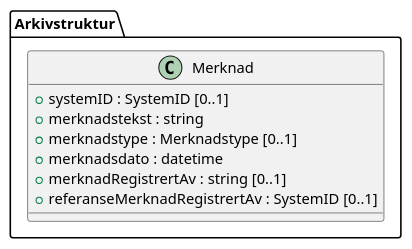
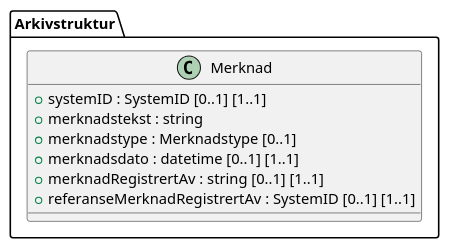
Before and after one commit to arkivverket/noark5-tjenestegrensesnitt-standard: the diagram in kapitler/media/uml-class-merknad.iuml, drawn with PlantUML. The commit also changed 91 other files, not shown here.

```diff
--- a/kapitler/media/uml-class-merknad.iuml
+++ b/kapitler/media/uml-class-merknad.iuml
@@ -1,10 +1,10 @@
 @startuml
 class Arkivstruktur.Merknad {
-  +systemID : SystemID [0..1]
+  +systemID : SystemID [0..1] [1..1]
   +merknadstekst : string
   +merknadstype : Merknadstype [0..1]
-  +merknadsdato : datetime
-  +merknadRegistrertAv : string [0..1]
-  +referanseMerknadRegistrertAv : SystemID [0..1]
+  +merknadsdato : datetime [0..1] [1..1]
+  +merknadRegistrertAv : string [0..1] [1..1]
+  +referanseMerknadRegistrertAv : SystemID [0..1] [1..1]
 }
 @enduml
```
